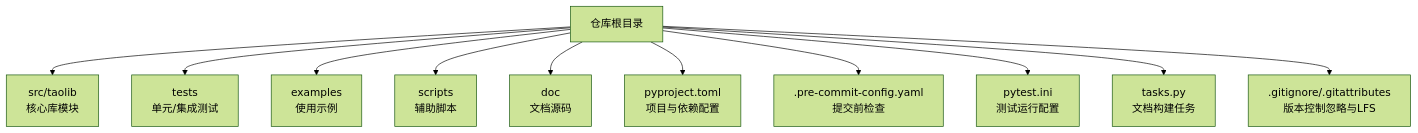
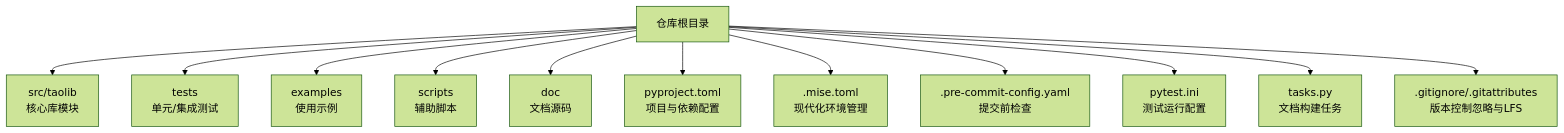
One commit to xinetzone/tao changed the first of 5 diagrams in .qoder/repowiki/zh/content/开发指南/开发环境搭建.md. Above: the diagram before and after it, drawn with Mermaid (forest theme). The commit also changed other lines of this file and 5 other files, not shown here.

````diff
--- a/.qoder/repowiki/zh/content/开发指南/开发环境搭建.md
+++ b/.qoder/repowiki/zh/content/开发指南/开发环境搭建.md
@@ -49,13 +51,14 @@
 ```mermaid
 graph TB
 A["仓库根目录"] --> B["src/taolib<br/>核心库模块"]
 A --> C["tests<br/>单元/集成测试"]
 A --> D["examples<br/>使用示例"]
 A --> E["scripts<br/>辅助脚本"]
 A --> F["doc<br/>文档源码"]
 A --> G["pyproject.toml<br/>项目与依赖配置"]
-A --> H[".pre-commit-config.yaml<br/>提交前检查"]
-A --> I["pytest.ini<br/>测试运行配置"]
-A --> J["tasks.py<br/>文档构建任务"]
-A --> K[".gitignore/.gitattributes<br/>版本控制忽略与LFS"]
+A --> H[".mise.toml<br/>现代化环境管理"]
+A --> I[".pre-commit-config.yaml<br/>提交前检查"]
+A --> J["pytest.ini<br/>测试运行配置"]
+A --> K["tasks.py<br/>文档构建任务"]
+A --> L[".gitignore/.gitattributes<br/>版本控制忽略与LFS"]
 ```
````
